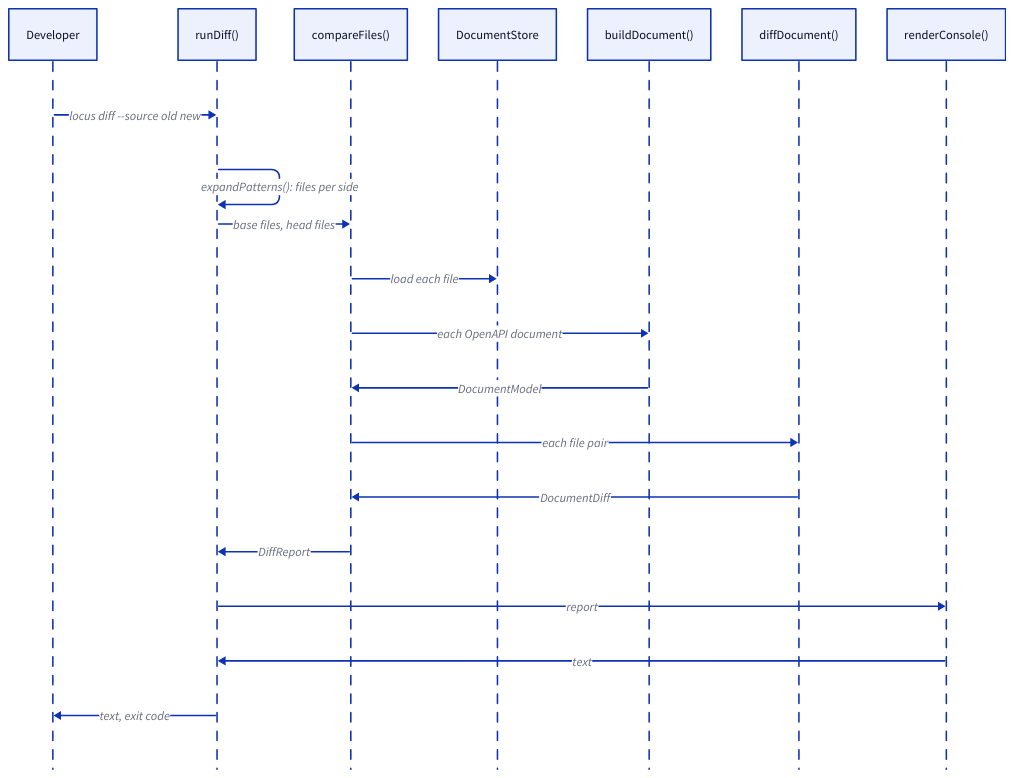
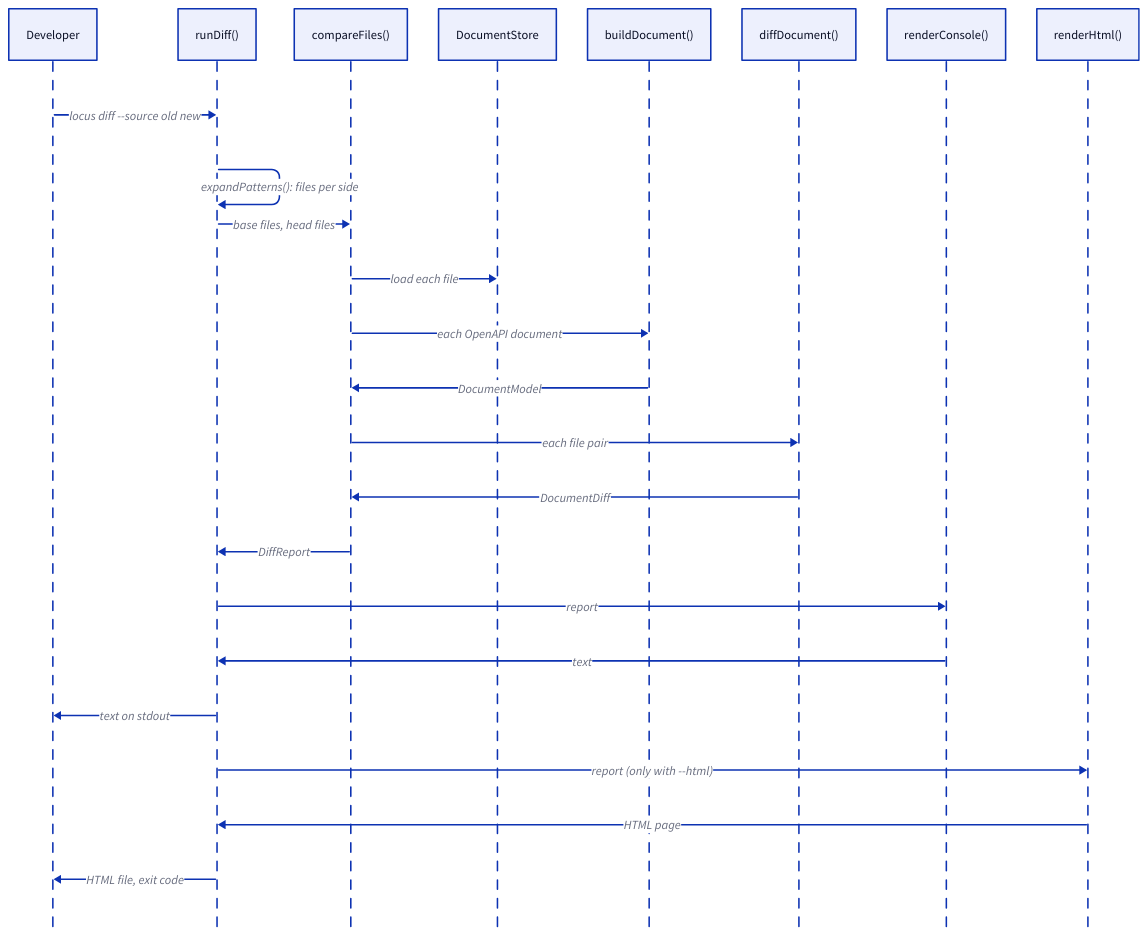
The diagram in docs/dev-guide/diagrams/sequence-diff.d2 (bcoughlan/locus), drawn with D2 before and after one commit. The commit also changed 172 other files, not shown here.

```diff
--- a/docs/dev-guide/diagrams/sequence-diff.d2
+++ b/docs/dev-guide/diagrams/sequence-diff.d2
@@ -1,22 +1,26 @@
 shape: sequence_diagram
 
 dev: Developer
 cmd: "runDiff()"
 compare: "compareFiles()"
 store: "DocumentStore"
 build: "buildDocument()"
 diff: "diffDocument()"
 render: "renderConsole()"
+html: "renderHtml()"
 
 dev -> cmd: "locus diff --source old new"
 cmd -> cmd: "expandPatterns(): files per side"
 cmd -> compare: "base files, head files"
 compare -> store: "load each file"
 compare -> build: "each OpenAPI document"
 build -> compare: "DocumentModel"
 compare -> diff: "each file pair"
 diff -> compare: "DocumentDiff"
 compare -> cmd: "DiffReport"
 cmd -> render: "report"
 render -> cmd: "text"
-cmd -> dev: "text, exit code"
+cmd -> dev: "text on stdout"
+cmd -> html: "report (only with --html)"
+html -> cmd: "HTML page"
+cmd -> dev: "HTML file, exit code"
```
